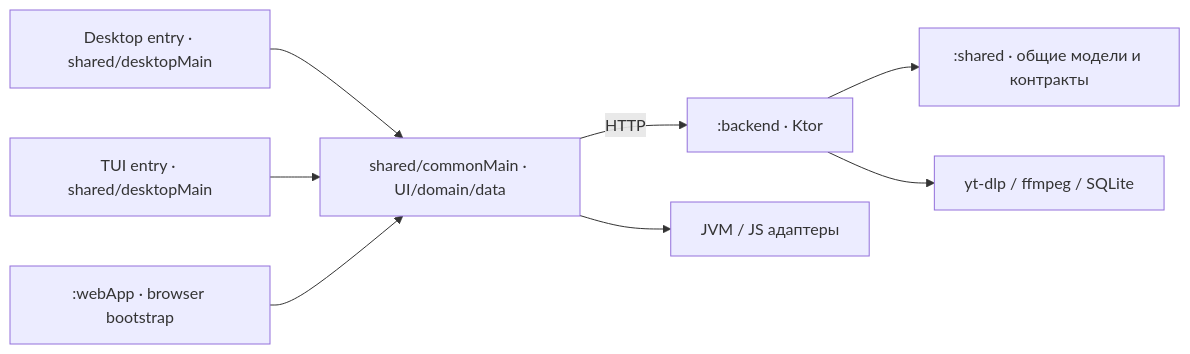
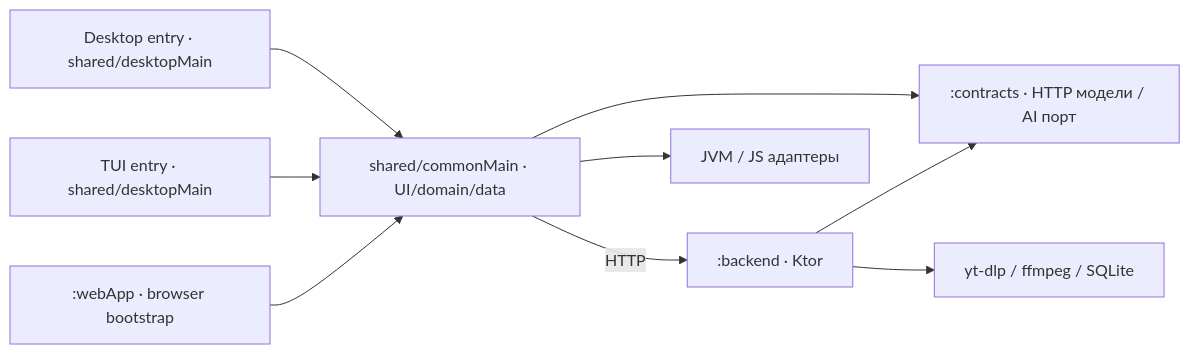
One commit to ursusandwolf/langkraft changed the diagram in docs/DEVELOPER_GUIDE.md. Above: the diagram before and after it, drawn with Mermaid. The commit also changed other lines of this file and 35 other files, not shown here.

Commit message:
Separate shared contracts, version backend schema and fix concurrent player requests

````diff
--- a/docs/DEVELOPER_GUIDE.md
+++ b/docs/DEVELOPER_GUIDE.md
@@ -15,10 +16,11 @@
 ```mermaid
 flowchart LR
     Desktop["Desktop entry · shared/desktopMain"] --> Common["shared/commonMain · UI/domain/data"]
     TUI["TUI entry · shared/desktopMain"] --> Common
     Web[":webApp · browser bootstrap"] --> Common
-    Backend[":backend · Ktor"] --> Shared[":shared · общие модели и контракты"]
+    Backend[":backend · Ktor"] --> Contracts[":contracts · HTTP модели / AI порт"]
+    Common --> Contracts
     Common --> Platform["JVM / JS адаптеры"]
     Common -->|HTTP| Backend
     Backend --> Media["yt-dlp / ffmpeg / SQLite"]
 ```
````
